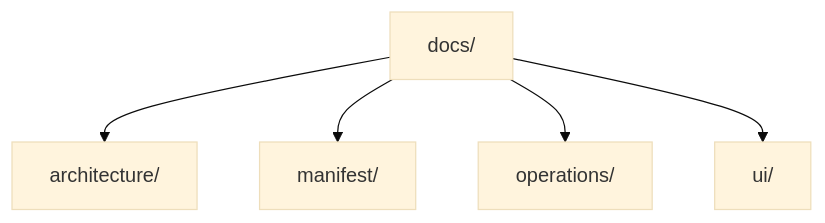
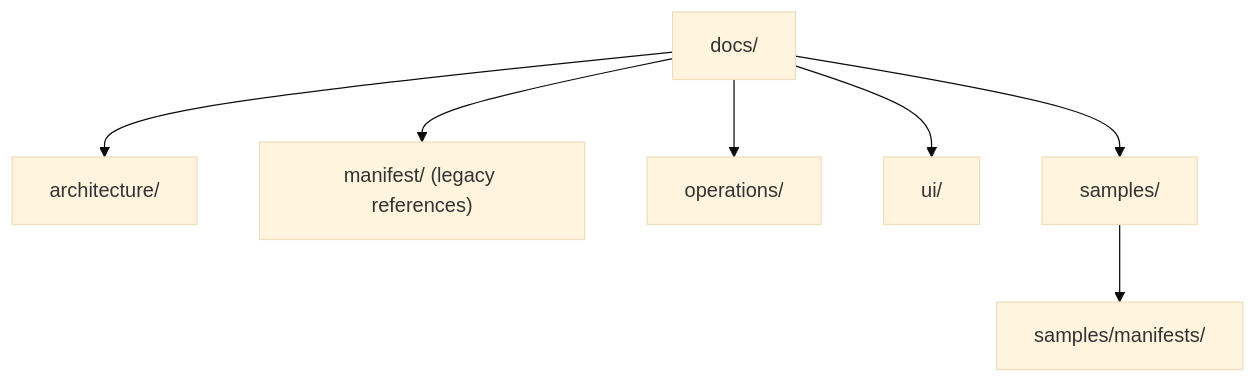
Before and after one commit to NetToolsKit/nettoolskit-copilot: the diagram in docs/README.md, drawn with Mermaid (base theme). The commit also changed other lines of this file and 58 other files, not shown here.

Commit message:
docs(repo): scaffold canonical definition roots and manifest samples

````diff
--- a/docs/README.md
+++ b/docs/README.md
@@ -38,13 +39,17 @@
 ```mermaid
 graph TD
     DOCS["docs/"]
     ARCH["architecture/"]
-    MANIFEST["manifest/"]
+    MANIFEST["manifest/ (legacy references)"]
     OPS["operations/"]
     UI["ui/"]
+    SAMPLES["samples/"]
+    SAMPLE_MANIFESTS["samples/manifests/"]
 
     DOCS --> ARCH
     DOCS --> MANIFEST
     DOCS --> OPS
     DOCS --> UI
+    DOCS --> SAMPLES
+    SAMPLES --> SAMPLE_MANIFESTS
 ```
````
